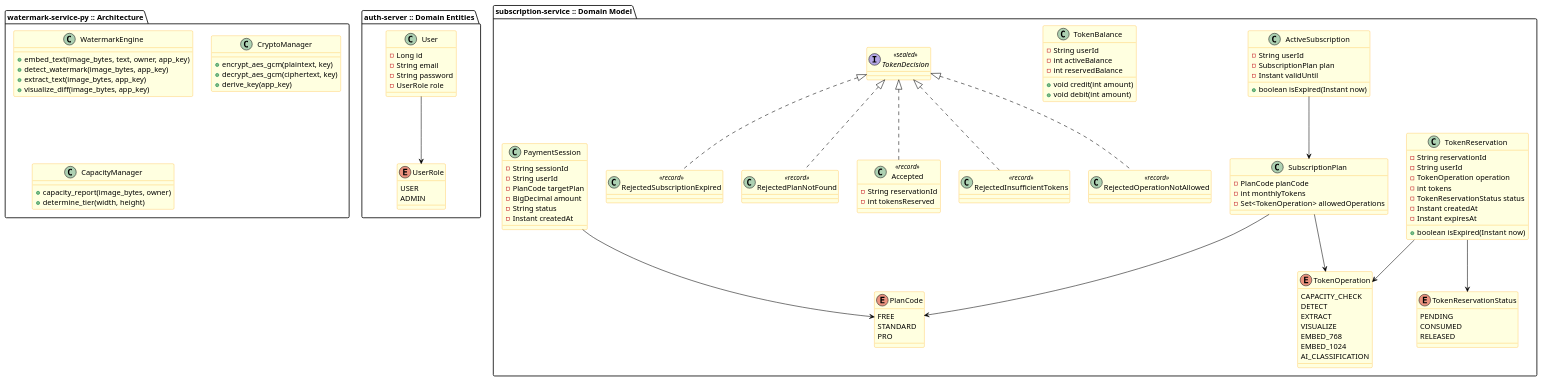
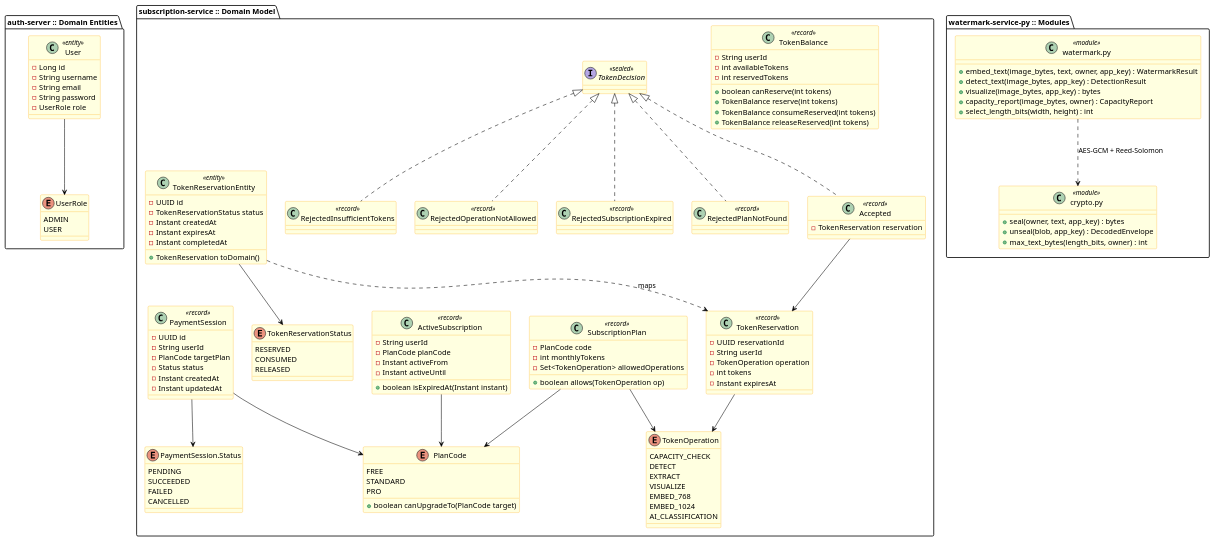
One commit to MateuszKosowski/pl-java2026 changed the diagram in dokumentacja/classes.puml. Above: the diagram before and after it, drawn with PlantUML. The commit also changed 20 other files, not shown here.

Commit message:
docs: correct UML/spec to match code and add UI screenshots

```diff
--- a/dokumentacja/classes.puml
+++ b/dokumentacja/classes.puml
@@ -1,133 +1,152 @@
 @startuml
 skinparam class {
   BackgroundColor LightYellow
   BorderColor Orange
   ArrowColor Black
 }
 skinparam interface {
   BackgroundColor LightCyan
   BorderColor DarkCyan
 }
 skinparam enum {
   BackgroundColor LightPink
   BorderColor Red
 }
 
 package "auth-server :: Domain Entities" {
-  class User {
+  class User <<entity>> {
     - Long id
+    - String username
     - String email
     - String password
     - UserRole role
   }
-  
+
   enum UserRole {
+    ADMIN
     USER
-    ADMIN
   }
-  
+
   User --> UserRole
 }
 
 package "subscription-service :: Domain Model" {
-  class SubscriptionPlan {
-    - PlanCode planCode
+  class SubscriptionPlan <<record>> {
+    - PlanCode code
     - int monthlyTokens
     - Set<TokenOperation> allowedOperations
+    + boolean allows(TokenOperation op)
   }
-  
+
   enum PlanCode {
     FREE
     STANDARD
     PRO
+    + boolean canUpgradeTo(PlanCode target)
   }
-  
-  class ActiveSubscription {
+
+  class ActiveSubscription <<record>> {
     - String userId
-    - SubscriptionPlan plan
-    - Instant validUntil
-    + boolean isExpired(Instant now)
+    - PlanCode planCode
+    - Instant activeFrom
+    - Instant activeUntil
+    + boolean isExpiredAt(Instant instant)
   }
-  
+
   enum TokenOperation {
     CAPACITY_CHECK
     DETECT
     EXTRACT
     VISUALIZE
     EMBED_768
     EMBED_1024
     AI_CLASSIFICATION
   }
-  
-  class TokenBalance {
+
+  class TokenBalance <<record>> {
     - String userId
-    - int activeBalance
-    - int reservedBalance
-    + void credit(int amount)
-    + void debit(int amount)
+    - int availableTokens
+    - int reservedTokens
+    + boolean canReserve(int tokens)
+    + TokenBalance reserve(int tokens)
+    + TokenBalance consumeReserved(int tokens)
+    + TokenBalance releaseReserved(int tokens)
   }
-  
-  class TokenReservation {
-    - String reservationId
+
+  class TokenReservation <<record>> {
+    - UUID reservationId
     - String userId
     - TokenOperation operation
     - int tokens
+    - Instant expiresAt
+  }
+
+  class TokenReservationEntity <<entity>> {
+    - UUID id
     - TokenReservationStatus status
     - Instant createdAt
     - Instant expiresAt
-    + boolean isExpired(Instant now)
+    - Instant completedAt
+    + TokenReservation toDomain()
   }
-  
+
   enum TokenReservationStatus {
-    PENDING
+    RESERVED
     CONSUMED
     RELEASED
   }
-  
+
   interface TokenDecision <<sealed>>
   class Accepted <<record>> implements TokenDecision {
-    - String reservationId
-    - int tokensReserved
+    - TokenReservation reservation
   }
   class RejectedInsufficientTokens <<record>> implements TokenDecision
   class RejectedOperationNotAllowed <<record>> implements TokenDecision
   class RejectedSubscriptionExpired <<record>> implements TokenDecision
   class RejectedPlanNotFound <<record>> implements TokenDecision
 
-  class PaymentSession {
-    - String sessionId
+  class PaymentSession <<record>> {
+    - UUID id
     - String userId
     - PlanCode targetPlan
-    - BigDecimal amount
-    - String status
+    - Status status
     - Instant createdAt
+    - Instant updatedAt
   }
 
-  ActiveSubscription --> SubscriptionPlan
+  enum "PaymentSession.Status" as PaymentStatus {
+    PENDING
+    SUCCEEDED
+    FAILED
+    CANCELLED
+  }
+
+  ActiveSubscription --> PlanCode
   SubscriptionPlan --> PlanCode
   SubscriptionPlan --> TokenOperation
   TokenReservation --> TokenOperation
-  TokenReservation --> TokenReservationStatus
+  Accepted --> TokenReservation
+  TokenReservationEntity ..> TokenReservation : maps
+  TokenReservationEntity --> TokenReservationStatus
   PaymentSession --> PlanCode
+  PaymentSession --> PaymentStatus
 }
 
-package "watermark-service-py :: Architecture" {
-  class WatermarkEngine {
-    + embed_text(image_bytes, text, owner, app_key)
-    + detect_watermark(image_bytes, app_key)
-    + extract_text(image_bytes, app_key)
-    + visualize_diff(image_bytes, app_key)
+package "watermark-service-py :: Modules" {
+  class "watermark.py" as watermark <<module>> {
+    + embed_text(image_bytes, text, owner, app_key) : WatermarkResult
+    + detect_text(image_bytes, app_key) : DetectionResult
+    + visualize(image_bytes, app_key) : bytes
+    + capacity_report(image_bytes, owner) : CapacityReport
+    + select_length_bits(width, height) : int
   }
-  
-  class CryptoManager {
-    + encrypt_aes_gcm(plaintext, key)
-    + decrypt_aes_gcm(ciphertext, key)
-    + derive_key(app_key)
+
+  class "crypto.py" as crypto <<module>> {
+    + seal(owner, text, app_key) : bytes
+    + unseal(blob, app_key) : DecodedEnvelope
+    + max_text_bytes(length_bits, owner) : int
   }
-  
-  class CapacityManager {
-    + capacity_report(image_bytes, owner)
-    + determine_tier(width, height)
-  }
+
+  watermark ..> crypto : AES-GCM + Reed-Solomon
 }
 @enduml
```
